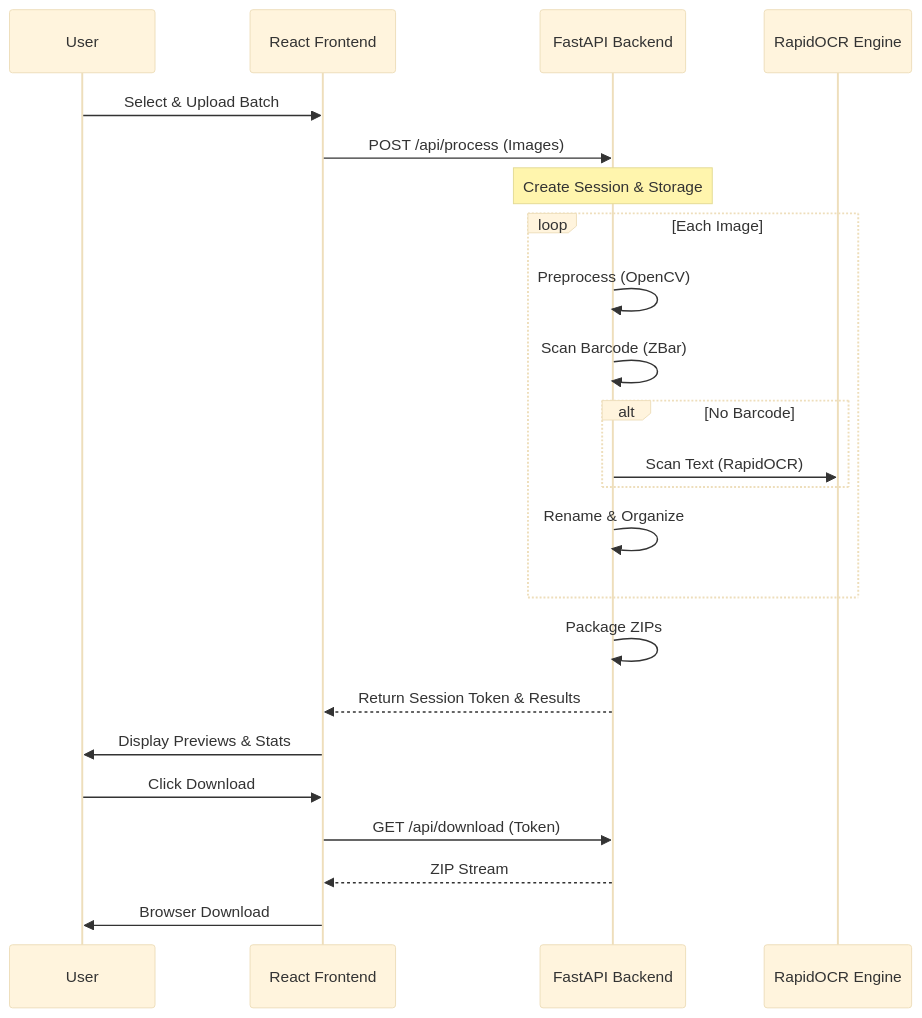
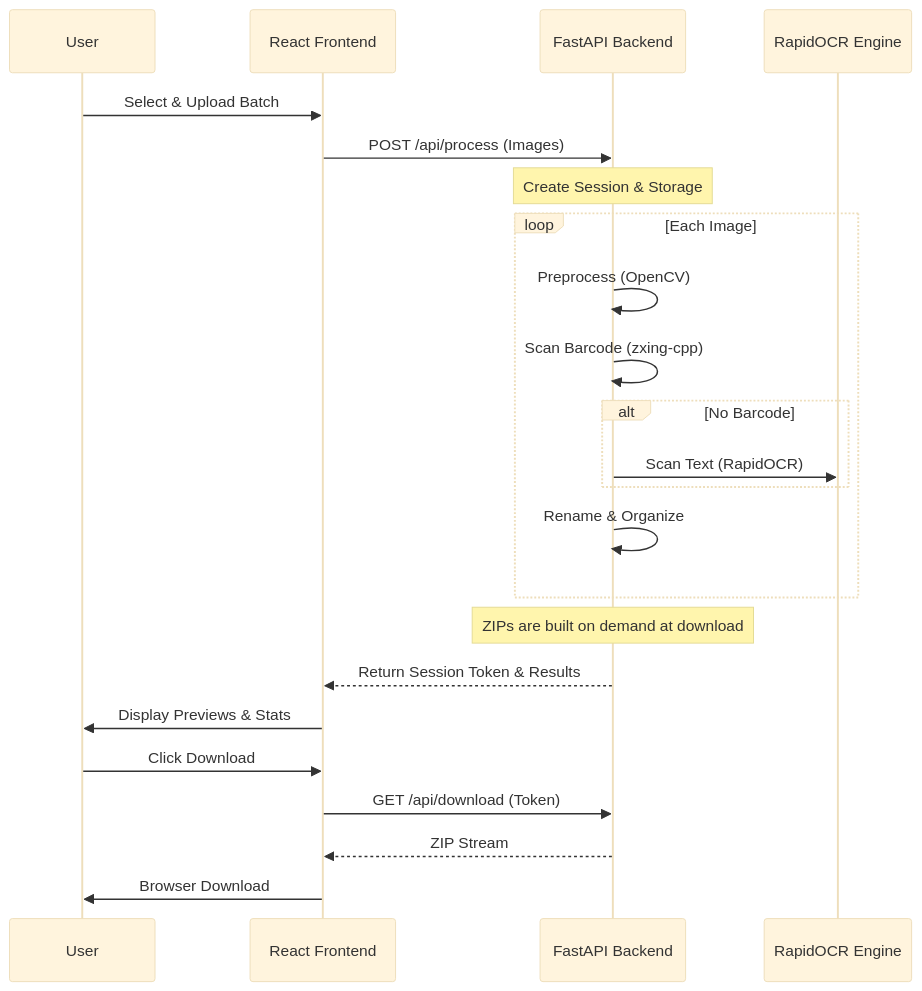
The diagram in ARCHITECTURE.md (Harshodai/vr-image-sorter), drawn with Mermaid (base theme) before and after one commit. The commit also changed other lines of this file and 15 other files, not shown here.

````diff
--- a/ARCHITECTURE.md
+++ b/ARCHITECTURE.md
@@ -12,26 +12,26 @@
 ```mermaid
 sequenceDiagram
     participant U as User
     participant F as React Frontend
     participant B as FastAPI Backend
     participant AI as RapidOCR Engine
     
     U->>F: Select & Upload Batch
     F->>B: POST /api/process (Images)
     Note over B: Create Session & Storage
     loop Each Image
         B->>B: Preprocess (OpenCV)
-        B->>B: Scan Barcode (ZBar)
+        B->>B: Scan Barcode (zxing-cpp)
         alt No Barcode
             B->>AI: Scan Text (RapidOCR)
         end
         B->>B: Rename & Organize
     end
-    B->>B: Package ZIPs
+    Note over B: ZIPs are built on demand at download
     B-->>F: Return Session Token & Results
     F->>U: Display Previews & Stats
     U->>F: Click Download
     F->>B: GET /api/download (Token)
     B-->>F: ZIP Stream
     F->>U: Browser Download
 ```
````
